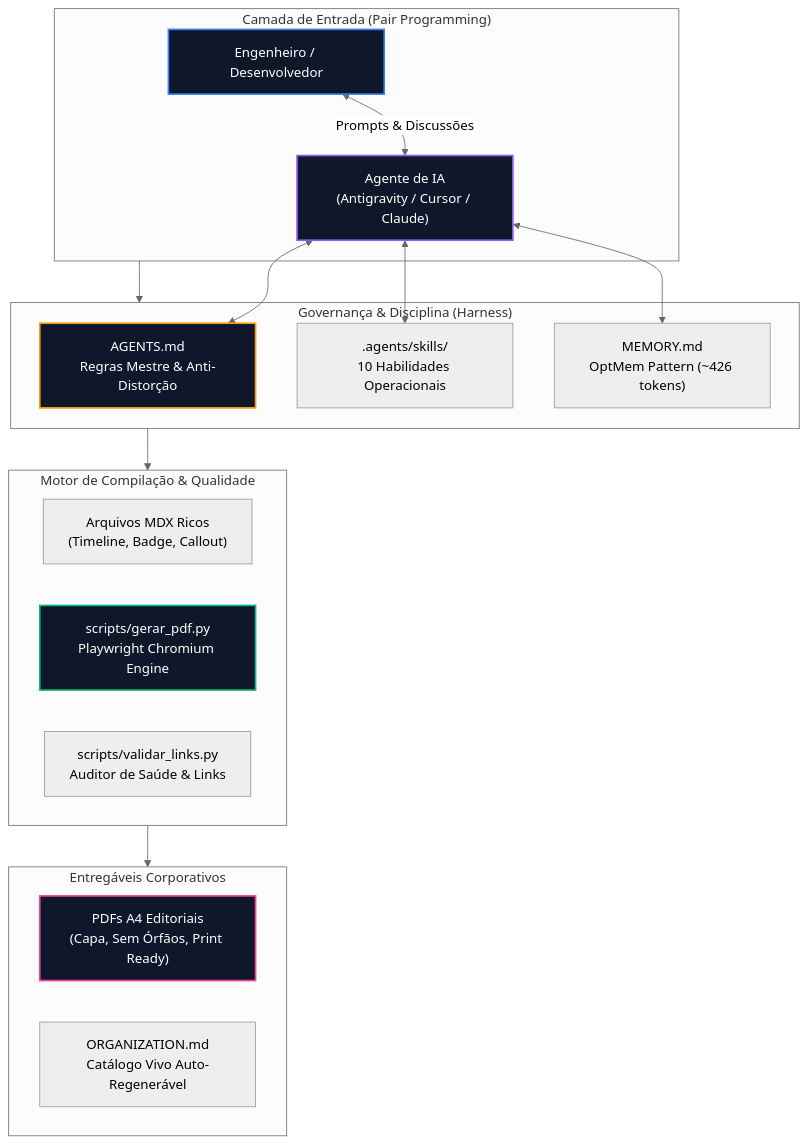
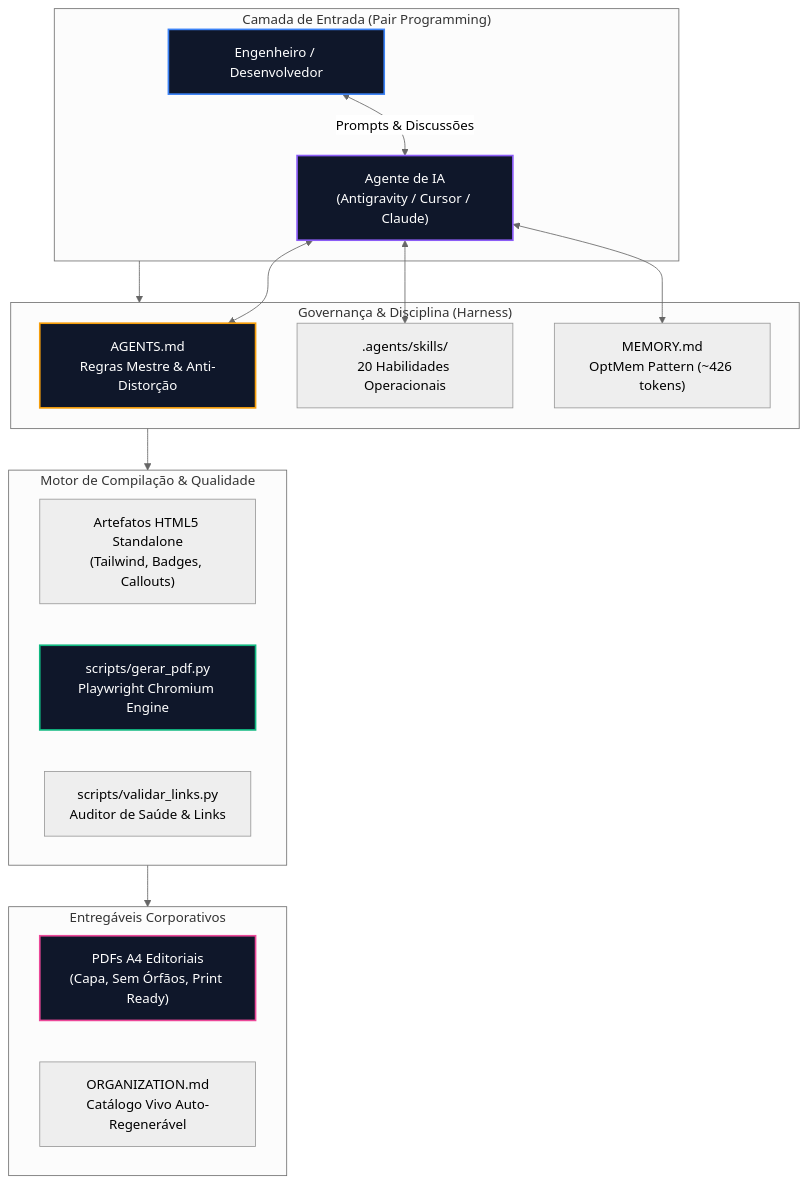
The diagram in README.md (VictorRubinec/agentic-knowledge-os), drawn with Mermaid (neutral theme) before and after one commit. The commit also changed other lines of this file and 2 other files, not shown here.

Commit message:
refactor(docs): remove emojis e substitui referencias mdx por html5 standalone

````diff
--- a/README.md
+++ b/README.md
@@ -37,33 +37,33 @@
 ```mermaid
 flowchart TD
     subgraph INPUT["Camada de Entrada (Pair Programming)"]
         A["Engenheiro / Desenvolvedor"] <-->|"Prompts & Discussões"| B["Agente de IA<br/>(Antigravity / Cursor / Claude)"]
     end
 
     subgraph HARNESS["Governança & Disciplina (Harness)"]
         B <--> C["AGENTS.md<br/>Regras Mestre & Anti-Distorção"]
-        B <--> D[".agents/skills/<br/>10 Habilidades Operacionais"]
+        B <--> D[".agents/skills/<br/>20 Habilidades Operacionais"]
         B <--> M["MEMORY.md<br/>OptMem Pattern (~426 tokens)"]
     end
 
     subgraph ENGINE["Motor de Compilação & Qualidade"]
-        E["Arquivos MDX Ricos<br/>(Timeline, Badge, Callout)"]
+        E["Artefatos HTML5 Standalone<br/>(Tailwind, Badges, Callouts)"]
         F["scripts/gerar_pdf.py<br/>Playwright Chromium Engine"]
         G["scripts/validar_links.py<br/>Auditor de Saúde & Links"]
     end
 
     subgraph OUTPUT["Entregáveis Corporativos"]
         H["PDFs A4 Editoriais<br/>(Capa, Sem Órfãos, Print Ready)"]
         I["ORGANIZATION.md<br/>Catálogo Vivo Auto-Regenerável"]
     end
 
     INPUT --> HARNESS
     HARNESS --> ENGINE
     ENGINE --> OUTPUT
 
     style A fill:#0f172a,stroke:#3b82f6,stroke-width:2px,color:#fff
     style B fill:#0f172a,stroke:#8b5cf6,stroke-width:2px,color:#fff
     style C fill:#0f172a,stroke:#f59e0b,stroke-width:2px,color:#fff
     style F fill:#0f172a,stroke:#10b981,stroke-width:2px,color:#fff
     style H fill:#0f172a,stroke:#ec4899,stroke-width:2px,color:#fff
 ```
````
